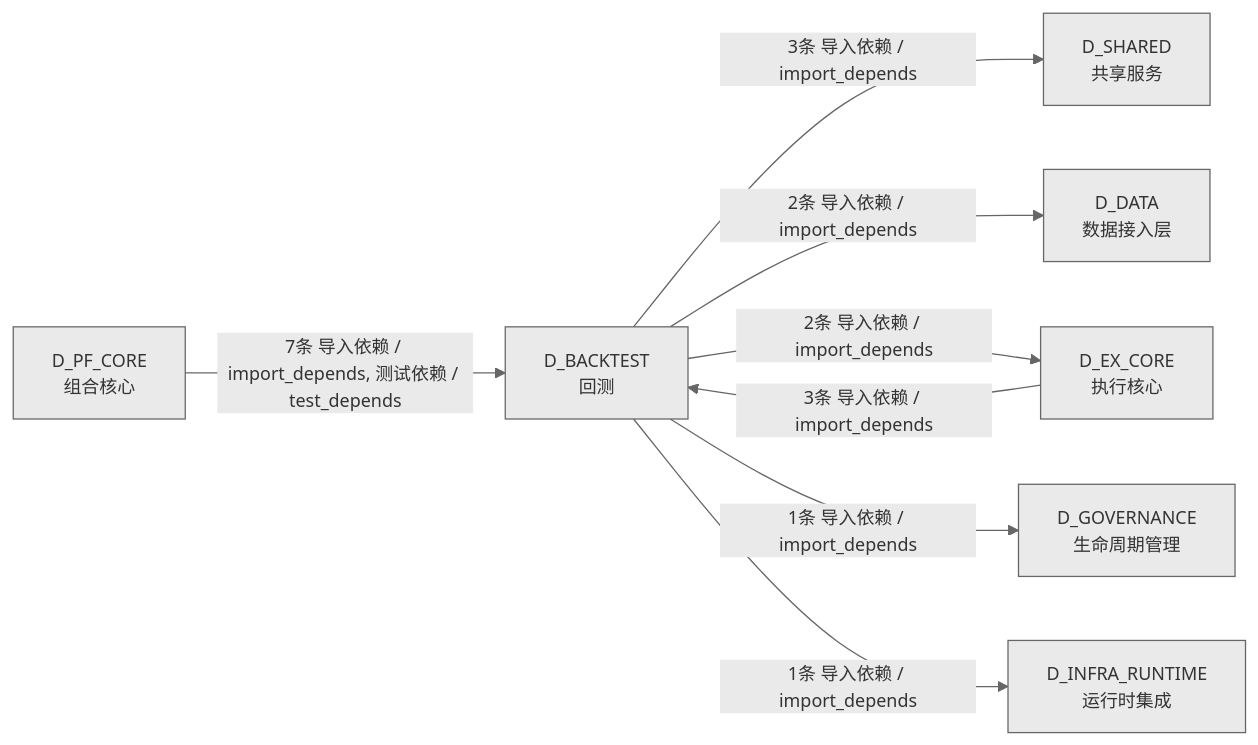
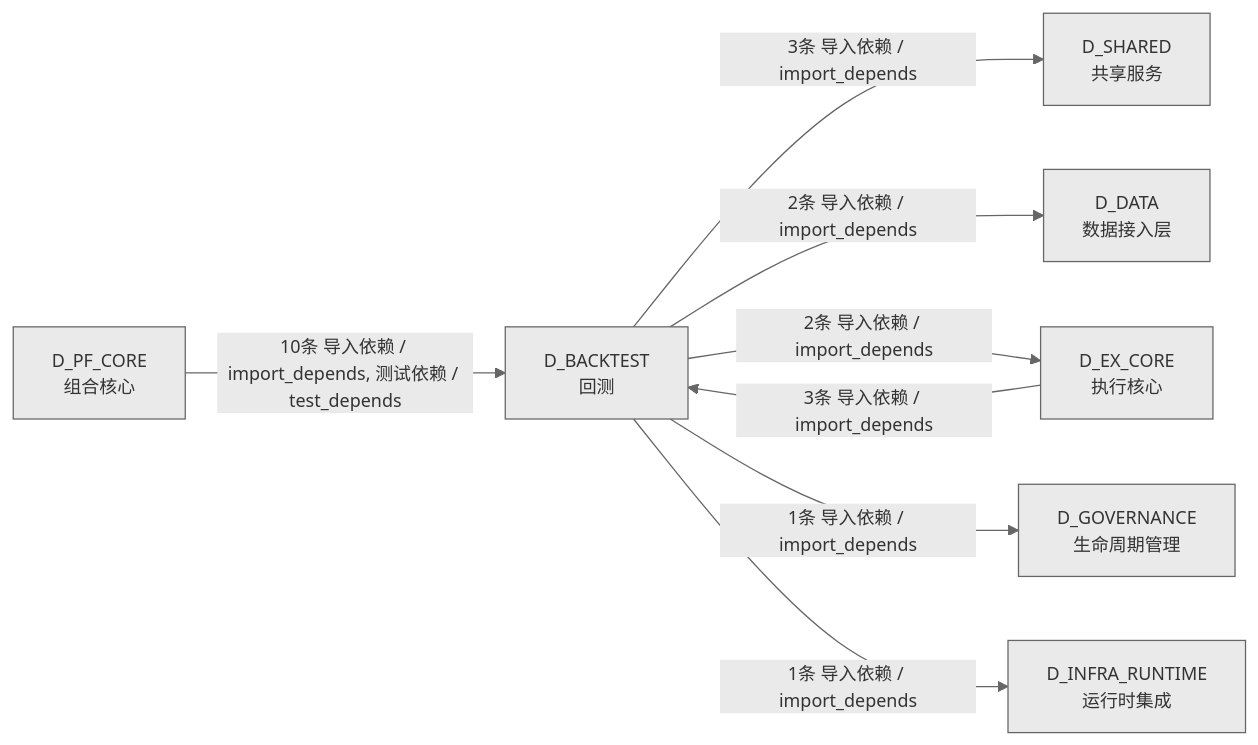
Before and after one commit to xuanFelixVan/ZephyrAlpha: the fourth of 4 diagrams in docs/02_enterprise_architecture/02_domain_architecture_docs/35_d_backtest.md, drawn with Mermaid. The commit also changed other lines of this file and 58 other files, not shown here.

````diff
--- a/docs/02_enterprise_architecture/02_domain_architecture_docs/35_d_backtest.md
+++ b/docs/02_enterprise_architecture/02_domain_architecture_docs/35_d_backtest.md
@@ -351,18 +357,18 @@
 ```mermaid
 %%{init: {'theme': 'base', 'themeVariables': {'primaryColor': '#eaeaea', 'primaryTextColor': '#333333', 'primaryBorderColor': '#666666', 'lineColor': '#666666', 'secondaryColor': '#eaeaea', 'tertiaryColor': '#eaeaea', 'fontSize': '14px'}}}%%
 graph LR
     D_BACKTEST["D_BACKTEST<br/>回测"]
     D_SHARED["D_SHARED<br/>共享服务"]
     D_DATA["D_DATA<br/>数据接入层"]
     D_EX_CORE["D_EX_CORE<br/>执行核心"]
     D_GOVERNANCE["D_GOVERNANCE<br/>生命周期管理"]
     D_INFRA_RUNTIME["D_INFRA_RUNTIME<br/>运行时集成"]
     D_PF_CORE["D_PF_CORE<br/>组合核心"]
     D_BACKTEST -->|3条 导入依赖 / import_depends| D_SHARED
     D_BACKTEST -->|2条 导入依赖 / import_depends| D_DATA
     D_BACKTEST -->|2条 导入依赖 / import_depends| D_EX_CORE
     D_BACKTEST -->|1条 导入依赖 / import_depends| D_GOVERNANCE
     D_BACKTEST -->|1条 导入依赖 / import_depends| D_INFRA_RUNTIME
-    D_PF_CORE -->|7条 导入依赖 / import_depends, 测试依赖 / test_depends| D_BACKTEST
+    D_PF_CORE -->|10条 导入依赖 / import_depends, 测试依赖 / test_depends| D_BACKTEST
     D_EX_CORE -->|3条 导入依赖 / import_depends| D_BACKTEST
 ```
````
